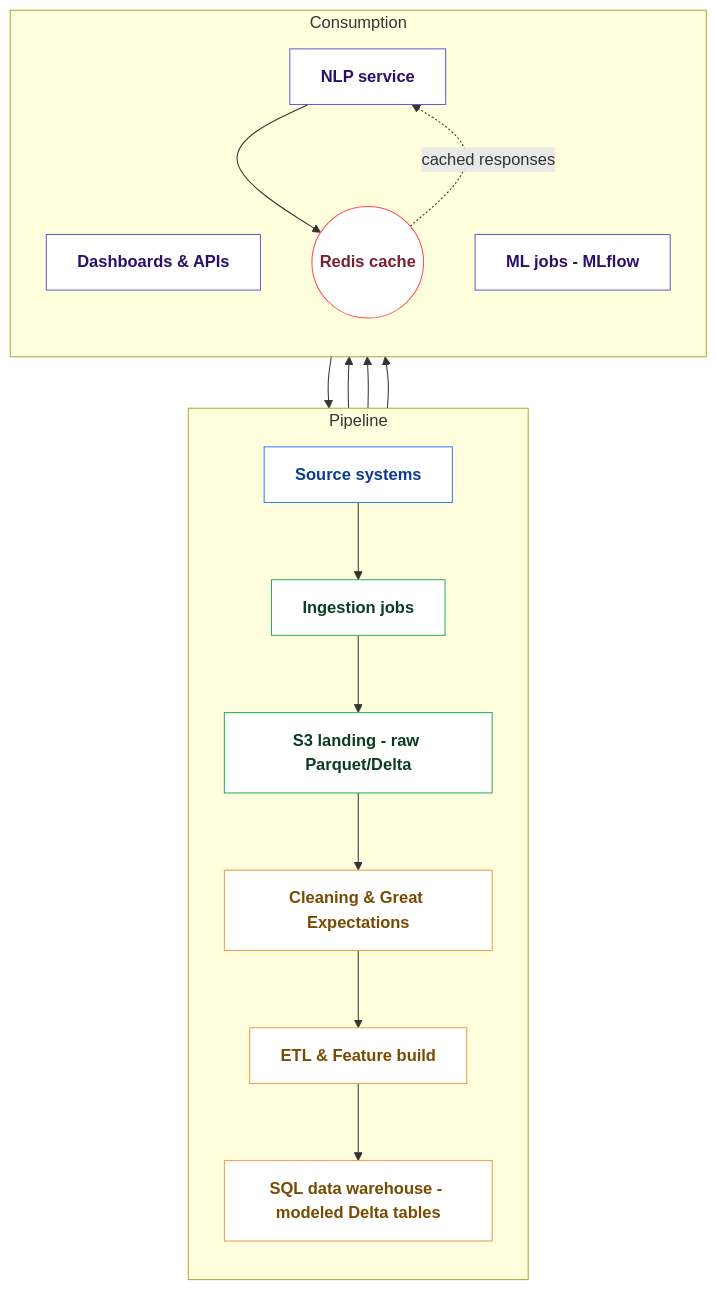
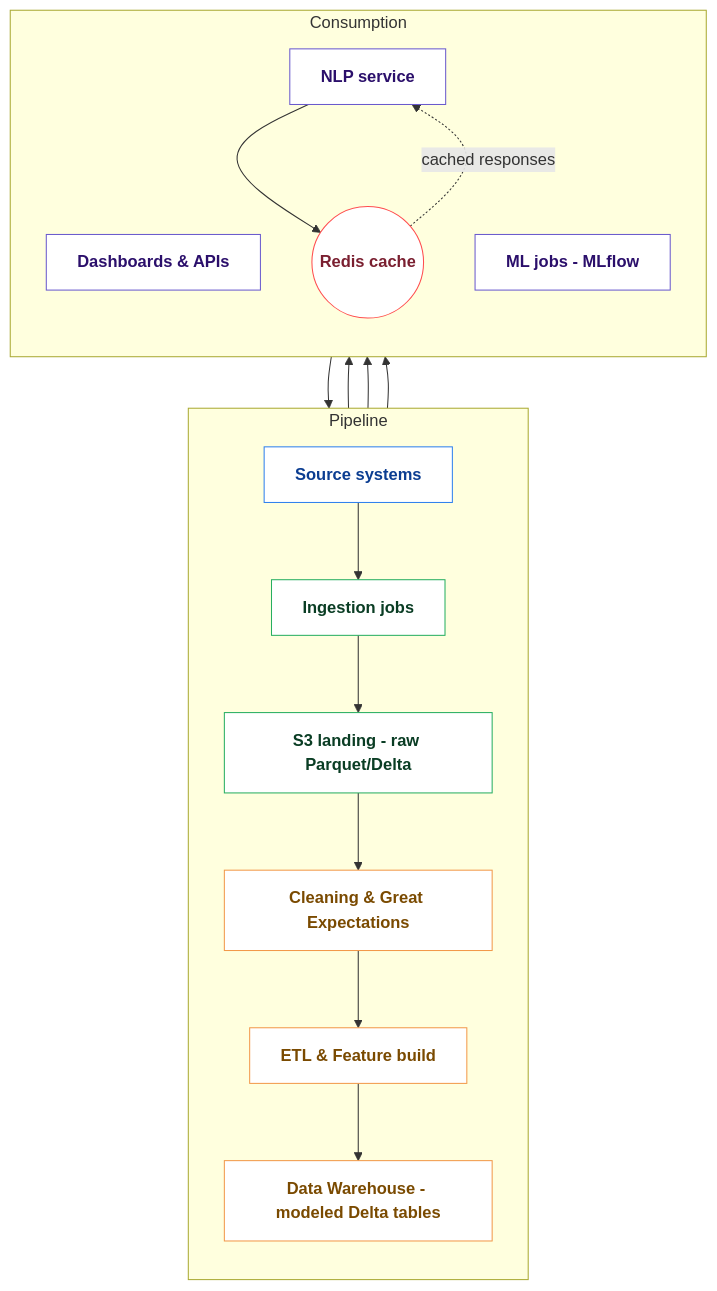
One commit to dinkarkumardk/3rdAssignment changed the third of 3 diagrams in SCALABILITY_AND_DATA_PLATFORM_STRATEGY.md. Above: the diagram before and after it, drawn with Mermaid. The commit also changed other lines of this file, not shown here.

````diff
--- a/SCALABILITY_AND_DATA_PLATFORM_STRATEGY.md
+++ b/SCALABILITY_AND_DATA_PLATFORM_STRATEGY.md
@@ -135,36 +135,36 @@
 ```mermaid
 flowchart TB
 	%% Color defs to match earlier diagrams (high-contrast, white fill + colored strokes)
 	classDef source fill:#ffffff,stroke:#2f80ed,stroke-width:1px,color:#0b3d91,font-weight:700;
 	classDef landing fill:#ffffff,stroke:#27ae60,stroke-width:1px,color:#0a3d24,font-weight:700;
 	classDef processing fill:#ffffff,stroke:#f2994a,stroke-width:1px,color:#7a4a00,font-weight:700;
 	classDef serving fill:#ffffff,stroke:#6a5acd,stroke-width:1px,color:#2b0f6b,font-weight:700;
 	classDef cache fill:#ffffff,stroke:#ff4d4f,stroke-width:1px,color:#7a1f30,font-weight:700;
 
 	subgraph Pipeline
 		direction TB
 		Src[Source systems] --> Ingest[Ingestion jobs]
 		Ingest --> Landing[S3 landing - raw Parquet/Delta]
 		Landing --> Cleaning[Cleaning & Great Expectations]
 		Cleaning --> ETL[ETL & Feature build]
-		ETL --> DW[SQL data warehouse - modeled Delta tables]
+	ETL --> DW[Data Warehouse - modeled Delta tables]
 	end
 
 	subgraph Consumption
 		direction TB
 		DW --> Dash[Dashboards & APIs]
 		DW --> NLP[NLP service]
 		DW --> ML[ML jobs - MLflow]
 		NLP --> Redis((Redis cache))
 		Redis -. cached responses .-> NLP
 		ML --> DW
 	end
 
 	%% assign classes
 	class Src source;
 	class Ingest landing;
 	class Landing landing;
 	class Cleaning,ETL,DW processing;
 	class Dash,NLP,ML serving;
 	class Redis cache;
 ```
````
